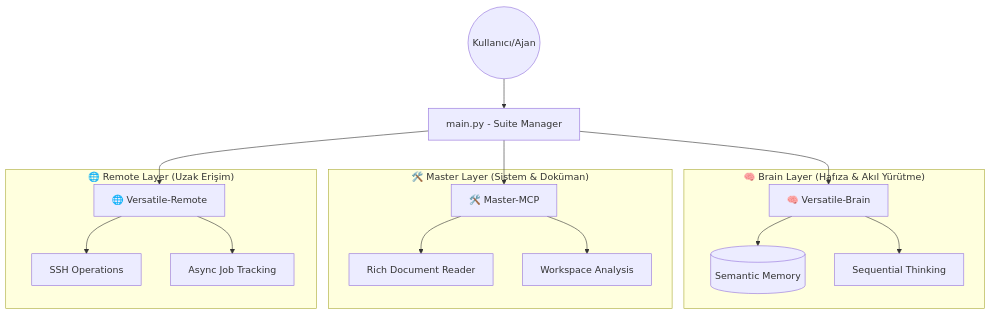
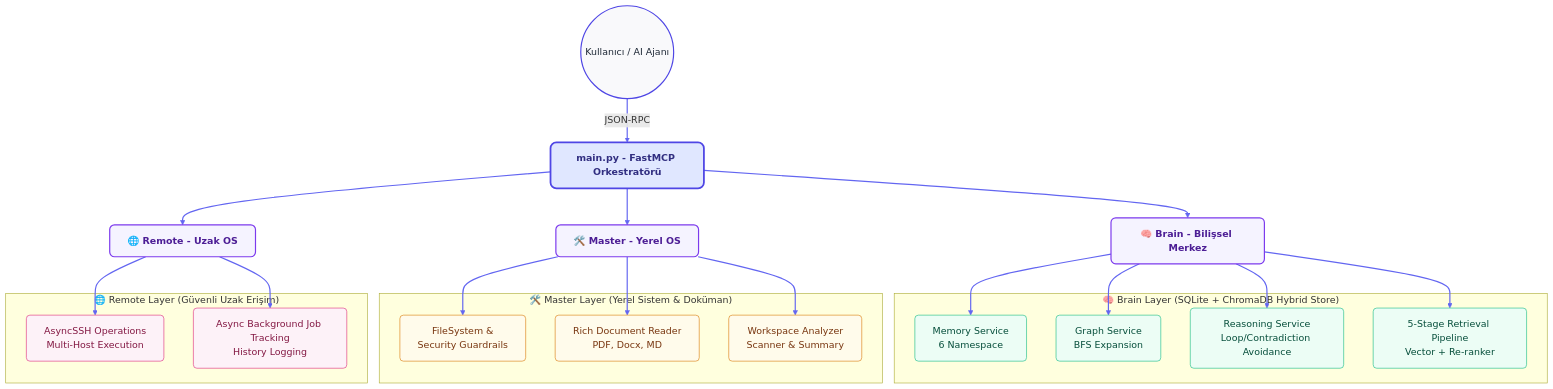
The diagram in README.md (MSelcukAkbas/versatile-mcp), drawn with Mermaid before and after one commit. The commit also changed other lines of this file and 37 other files, not shown here.

First line of the commit message:
feat(brain): integrate Versatile-Memory cognitive stack and style README.md

````diff
--- a/README.md
+++ b/README.md
@@ -13,22 +12,57 @@
 ```mermaid
 graph TD
-    User((Kullanıcı/Ajan)) --> Main[main.py - Suite Manager]
-    Main --> Brain[🧠 Versatile-Brain]
-    Main --> Master[🛠️ Master-MCP]
-    Main --> Remote[🌐 Versatile-Remote]
+    %% Styling Class Definitions
+    classDef client fill:#f9f9fb,stroke:#4f46e5,stroke-width:2px,color:#1f2937,rx:8px,ry:8px;
+    classDef main fill:#e0e7ff,stroke:#4f46e5,stroke-width:3px,color:#312e81,font-weight:bold,rx:10px,ry:10px;
+    classDef layer fill:#f5f3ff,stroke:#7c3aed,stroke-width:2px,color:#4c1d95,font-weight:bold,rx:8px,ry:8px;
+    classDef brain fill:#ecfdf5,stroke:#10b981,stroke-width:1px,color:#064e3b,rx:6px,ry:6px;
+    classDef master fill:#fffbeb,stroke:#d97706,stroke-width:1px,color:#78350f,rx:6px,ry:6px;
+    classDef remote fill:#fdf2f8,stroke:#db2777,stroke-width:1px,color:#831843,rx:6px,ry:6px;
 
-    subgraph "🧠 Brain Layer (Hafıza & Akıl Yürütme)"
-        Brain --> Memory[(Semantic Memory)]
-        Brain --> Thinking[Sequential Thinking]
+    %% Nodes
+    User((Kullanıcı / AI Ajanı)):::client
+    Main[main.py - FastMCP Orkestratörü]:::main
+    
+    Brain[🧠 Brain - Bilişsel Merkez]:::layer
+    Master[🛠️ Master - Yerel OS]:::layer
+    Remote[🌐 Remote - Uzak OS]:::layer
+
+    %% Connections
+    User -->|JSON-RPC| Main
+    Main --> Brain
+    Main --> Master
+    Main --> Remote
+
+    %% Brain Subgraph
+    subgraph BrainLayer ["🧠 Brain Layer (SQLite + ChromaDB Hybrid Store)"]
+        Memory[Memory Service<br/>6 Namespace]:::brain
+        Graph[Graph Service<br/>BFS Expansion]:::brain
+        Reasoning[Reasoning Service<br/>Loop/Contradiction Avoidance]:::brain
+        Pipeline[5-Stage Retrieval Pipeline<br/>Vector + Re-ranker]:::brain
     end
+    Brain --> Memory
+    Brain --> Graph
+    Brain --> Reasoning
+    Brain --> Pipeline
 
-    subgraph "🛠️ Master Layer (Sistem & Doküman)"
-        Master --> Files[Rich Document Reader]
-        Master --> Analysis[Workspace Analysis]
+    %% Master Subgraph
+    subgraph MasterLayer ["🛠️ Master Layer (Yerel Sistem & Doküman)"]
+        Files[FileSystem &<br/>Security Guardrails]:::master
+        RichDocs[Rich Document Reader<br/>PDF, Docx, MD]:::master
+        Analysis[Workspace Analyzer<br/>Scanner & Summary]:::master
     end
+    Master --> Files
+    Master --> RichDocs
+    Master --> Analysis
 
-    subgraph "🌐 Remote Layer (Uzak Erişim)"
-        Remote --> SSH[SSH Operations]
-        Remote --> Jobs[Async Job Tracking]
+    %% Remote Subgraph
+    subgraph RemoteLayer ["🌐 Remote Layer (Güvenli Uzak Erişim)"]
+        SSH[AsyncSSH Operations<br/>Multi-Host Execution]:::remote
+        Jobs[Async Background Job Tracking<br/>History Logging]:::remote
     end
+    Remote --> SSH
+    Remote --> Jobs
+
+    %% Link Styling
+    linkStyle default stroke:#6366f1,stroke-width:2px;
 ```
````
